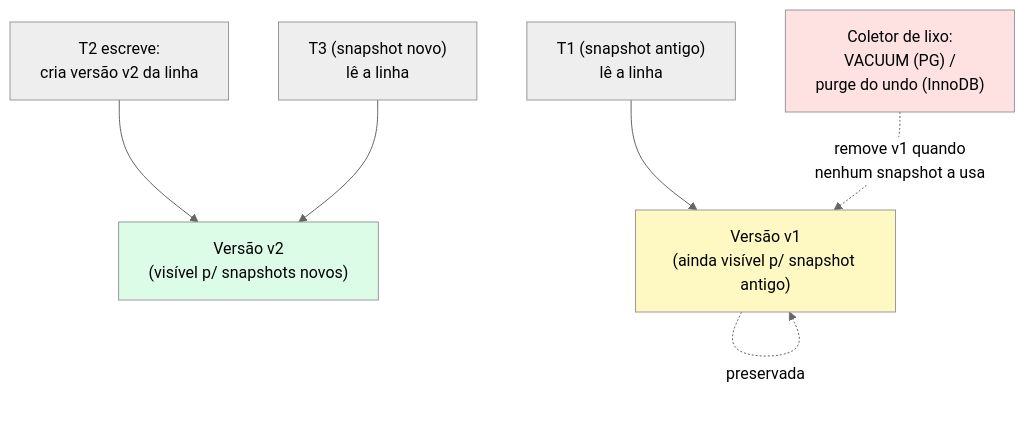
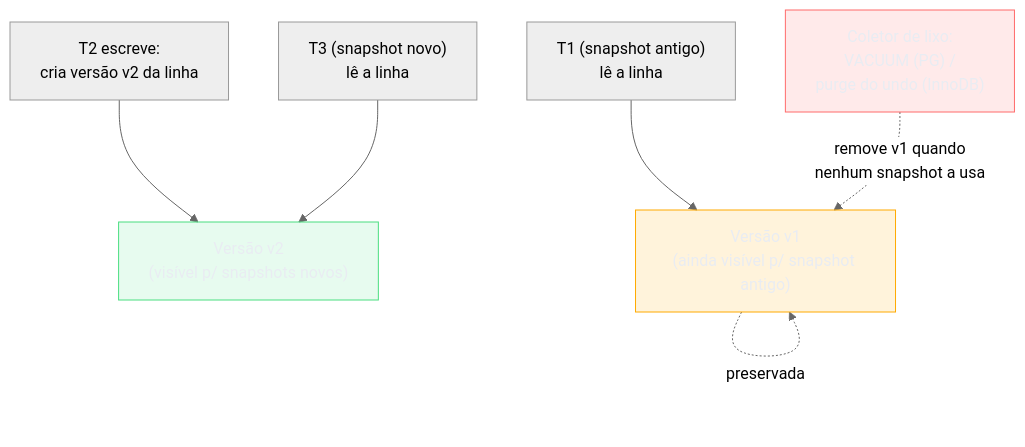
The seventh of 7 diagrams in 03-Dominios/Ciência/Banco de Dados/06 - Isolamento e anomalias.md (josenaldo/codex-technomanticus), drawn with Mermaid (neutral theme) before and after one commit. The commit also changed other lines of this file and 1181 other files, not shown here.

First line of the commit message:
fix(diagramas): paleta do sistema no lugar de cor cravada no markdown

````diff
--- a/03-Dominios/Ciência/Banco de Dados/06 - Isolamento e anomalias.md
+++ b/03-Dominios/Ciência/Banco de Dados/06 - Isolamento e anomalias.md
@@ -215,11 +219,14 @@
 ```mermaid
 flowchart TD
+    classDef destaque fill:#FFAA0024,stroke:#FFAA00,color:#E9ECF2
+    classDef ok fill:#4ADE8021,stroke:#4ADE80,color:#E9ECF2
+    classDef falha fill:#FF6B6B24,stroke:#FF6B6B,color:#E9ECF2
     W["T2 escreve:<br/>cria versão v2 da linha"] --> V2["Versão v2<br/>(visível p/ snapshots novos)"]
     V1["Versão v1<br/>(ainda visível p/ snapshot antigo)"] -.->|preservada| V1
     R1["T1 (snapshot antigo)<br/>lê a linha"] --> V1
     R2["T3 (snapshot novo)<br/>lê a linha"] --> V2
     GC["Coletor de lixo:<br/>VACUUM (PG) /<br/>purge do undo (InnoDB)"] -.->|"remove v1 quando<br/>nenhum snapshot a usa"| V1
-    style V1 fill:#fef9c3,color:#000
-    style V2 fill:#dcfce7,color:#000
-    style GC fill:#fee2e2,color:#000
+    class V1 destaque
+    class V2 ok
+    class GC falha
 ```
````
